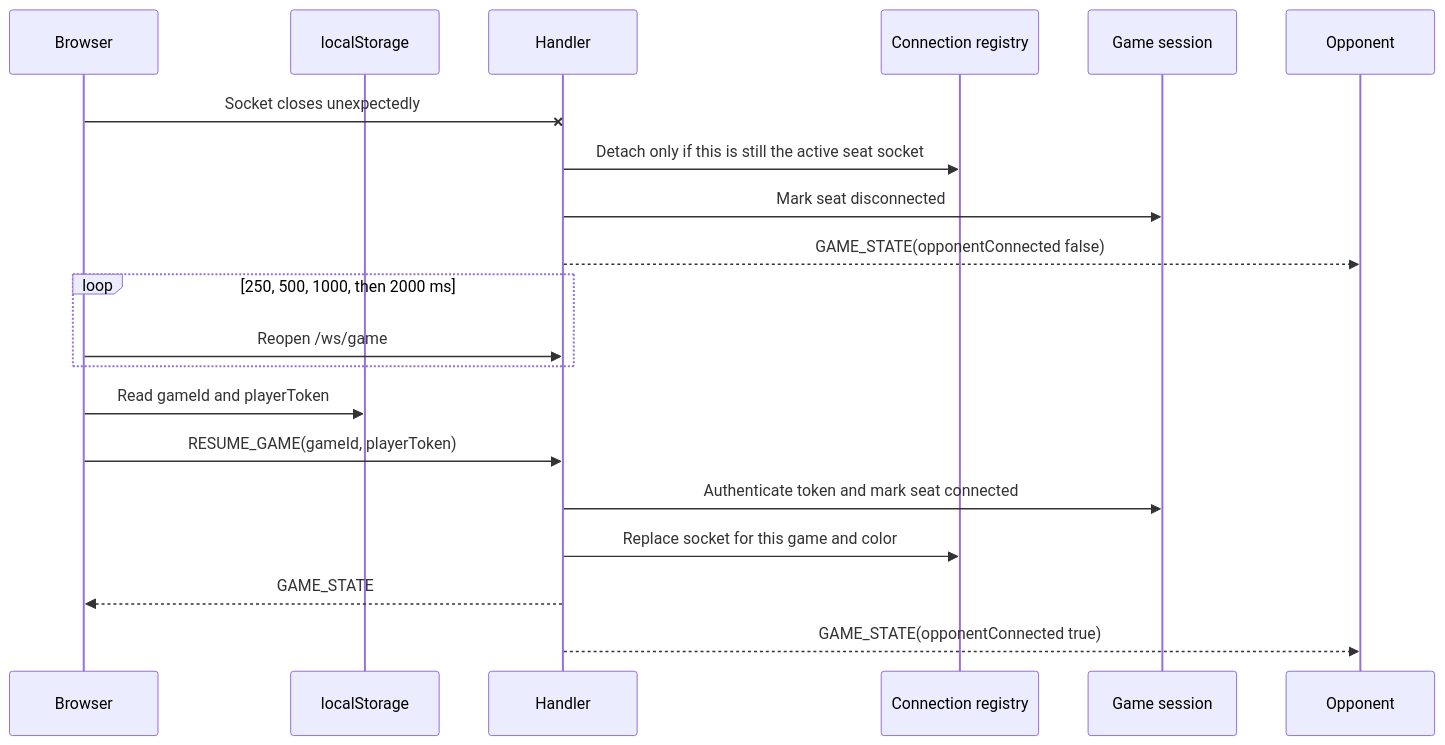
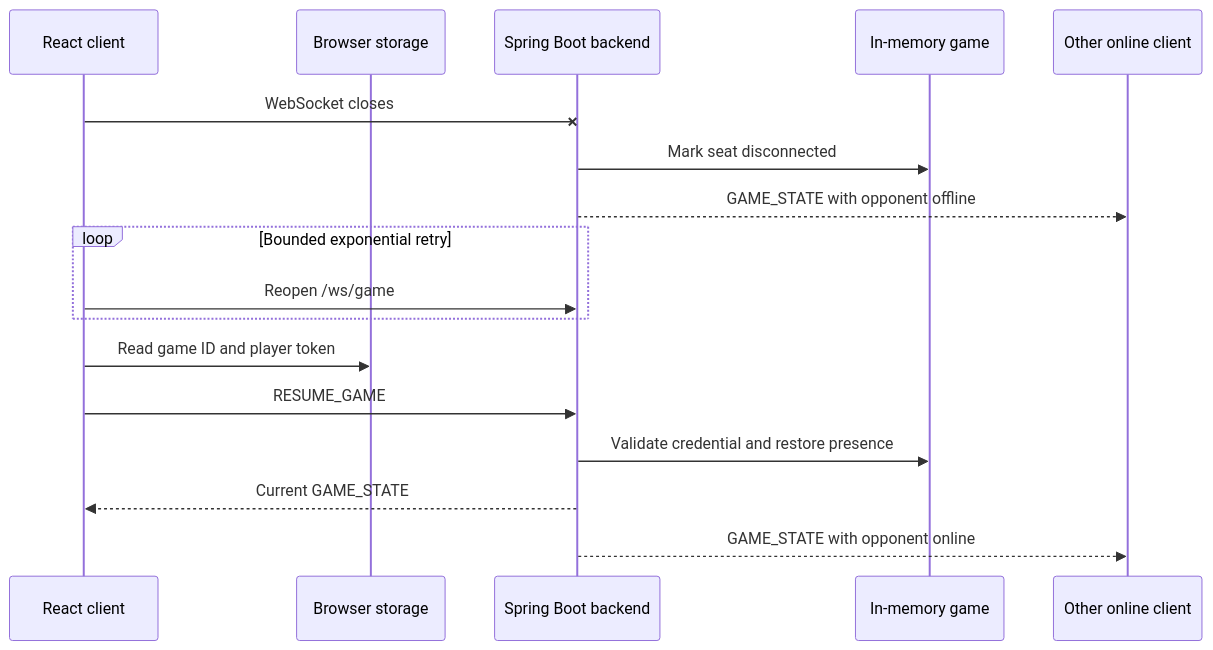
One commit to blam135/Connect-4-Game changed the fifth of 6 diagrams in docs/architecture.md. Above: the diagram before and after it, drawn with Mermaid. The commit also changed other lines of this file and 17 other files, not shown here.

````diff
--- a/docs/architecture.md
+++ b/docs/architecture.md
@@ -200,23 +198,20 @@
 ```mermaid
 sequenceDiagram
-    participant Browser
-    participant Storage as localStorage
-    participant Handler
-    participant Connections as Connection registry
-    participant Game as Game session
-    participant Opponent
+    participant Client as React client
+    participant Storage as Browser storage
+    participant Backend as Spring Boot backend
+    participant State as In-memory game
+    participant Other as Other online client
 
-    Browser-xHandler: Socket closes unexpectedly
-    Handler->>Connections: Detach only if this is still the active seat socket
-    Handler->>Game: Mark seat disconnected
-    Handler-->>Opponent: GAME_STATE(opponentConnected false)
-    loop 250, 500, 1000, then 2000 ms
-        Browser->>Handler: Reopen /ws/game
+    Client-xBackend: WebSocket closes
+    Backend->>State: Mark seat disconnected
+    Backend-->>Other: GAME_STATE with opponent offline
+    loop Bounded exponential retry
+        Client->>Backend: Reopen /ws/game
     end
-    Browser->>Storage: Read gameId and playerToken
-    Browser->>Handler: RESUME_GAME(gameId, playerToken)
-    Handler->>Game: Authenticate token and mark seat connected
-    Handler->>Connections: Replace socket for this game and color
-    Handler-->>Browser: GAME_STATE
-    Handler-->>Opponent: GAME_STATE(opponentConnected true)
+    Client->>Storage: Read game ID and player token
+    Client->>Backend: RESUME_GAME
+    Backend->>State: Validate credential and restore presence
+    Backend-->>Client: Current GAME_STATE
+    Backend-->>Other: GAME_STATE with opponent online
 ```
````
